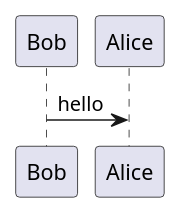
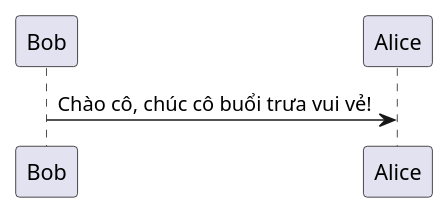
Before and after one commit to ryanuo/ryanuo.cc: the first of 3 diagrams in pages/posts/md-it-diagarm.md, drawn with PlantUML. The commit also changed other lines of this file and 3 other files, not shown here.

Commit message:
chore: update markdown-it-diagram pkg;

````diff
--- a/pages/posts/md-it-diagarm.md
+++ b/pages/posts/md-it-diagarm.md
@@ -47,3 +47,3 @@
 ```plantuml
-Bob -> Alice : hello
+Bob -> Alice : Chào cô, chúc cô buổi trưa vui vẻ!
 ```
````
